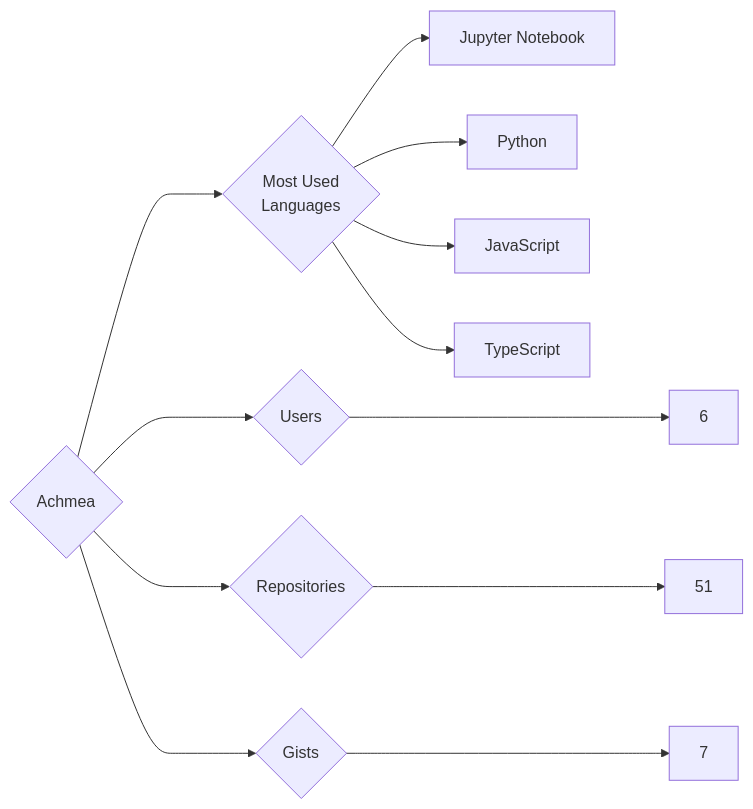
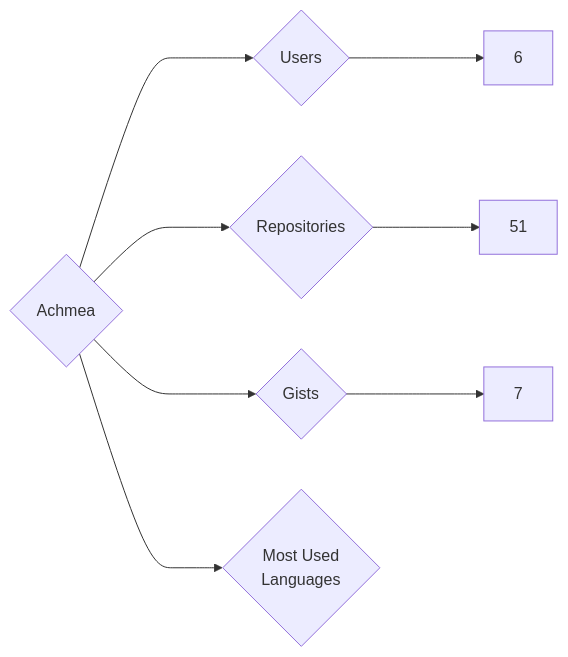
One commit to nenadzaric/insiders changed the diagram in targets/Achmea/README.md. Above: the diagram before and after it, drawn with Mermaid. The commit also changed 14 other files, not shown here.

````diff
--- a/targets/Achmea/README.md
+++ b/targets/Achmea/README.md
@@ -3,12 +3,8 @@
 ```mermaid
 graph LR
 COMPANY_NAME{Achmea}
 COMPANY_NAME ---> U{Users} ---> UN[6]
 COMPANY_NAME ---> R{Repositories} ---> RN[51]
 COMPANY_NAME ---> G{Gists} ---> GN[7]
 COMPANY_NAME ---> ML{Most Used<br>Languages}
-ML --> Jupyter_Notebook[Jupyter Notebook]
-ML --> Python[Python]
-ML --> JavaScript[JavaScript]
-ML --> TypeScript[TypeScript]
 ```
````
